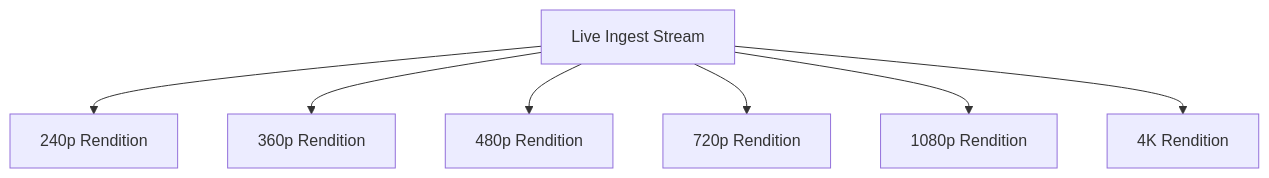
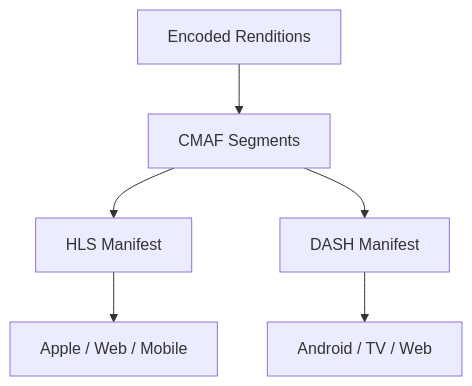
One commit to gojosatoru123-ux/CacheU changed the third of 11 diagrams in src/content/design-a-live-streaming-service.md. Above: the diagram before and after it, drawn with Mermaid. The commit also changed other lines of this file and 17 other files, not shown here.

````diff
--- a/src/content/design-a-live-streaming-service.md
+++ b/src/content/design-a-live-streaming-service.md
@@ -339,9 +437,8 @@
 ```mermaid
 flowchart TD
-    Input[Live Ingest Stream] --> E1[240p Rendition]
-    Input --> E2[360p Rendition]
-    Input --> E3[480p Rendition]
-    Input --> E4[720p Rendition]
-    Input --> E5[1080p Rendition]
-    Input --> E6[4K Rendition]
+    Encode[Encoded Renditions] --> CMAF[CMAF Segments]
+    CMAF --> HLS[HLS Manifest]
+    CMAF --> DASH[DASH Manifest]
+    HLS --> Clients1[Apple / Web / Mobile]
+    DASH --> Clients2[Android / TV / Web]
 ```
````
